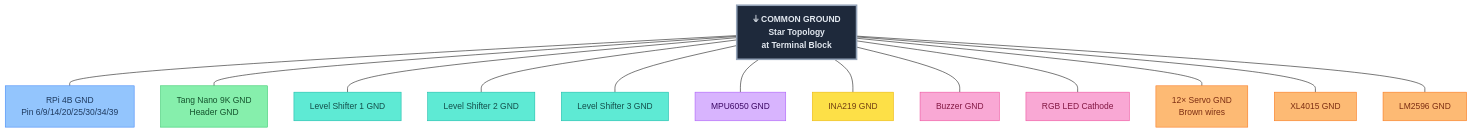
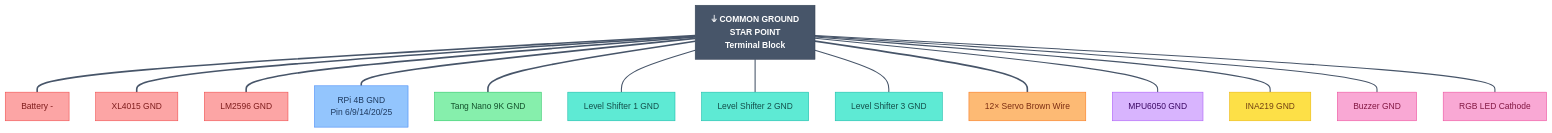
Before and after one commit to Major-Project-001/VIGIL-RQ: diagram 11 of 11 in control/docs/wiring_diagram.md, drawn with Mermaid (forest theme). The commit also changed other lines of this file, not shown here.

Commit message:
docs: Add color-coded linkStyle to all Mermaid connection lines

````diff
--- a/control/docs/wiring_diagram.md
+++ b/control/docs/wiring_diagram.md
@@ -663,42 +617,56 @@
 ```mermaid
 graph TB
     classDef gnd fill:#475569,stroke:#334155,color:#fff,font-weight:bold
-    classDef gndPin fill:#94a3b8,stroke:#475569,color:#1e293b
     classDef rpiPin fill:#93c5fd,stroke:#3b82f6,color:#1e3a5f
     classDef fpgaPin fill:#86efac,stroke:#22c55e,color:#14532d
     classDef lsPin fill:#5eead4,stroke:#14b8a6,color:#134e4a
     classDef servoPin fill:#fdba74,stroke:#f97316,color:#7c2d12
     classDef imuPin fill:#d8b4fe,stroke:#a855f7,color:#3b0764
     classDef inaPin fill:#fde047,stroke:#eab308,color:#713f12
     classDef alertPin fill:#f9a8d4,stroke:#ec4899,color:#831843
+    classDef powerPin fill:#fca5a5,stroke:#ef4444,color:#7f1d1d
 
-    GND_STAR["⏚ COMMON GROUND<br/>Star Topology<br/>at Terminal Block"]:::gnd
+    GND_HUB["⏚ COMMON GROUND<br/>STAR POINT<br/>Terminal Block"]:::gnd
 
-    RPI_G["RPi 4B GND<br/>Pin 6/9/14/20/25/30/34/39"]:::rpiPin
-    FPGA_G["Tang Nano 9K GND<br/>Header GND"]:::fpgaPin
+    BAT_G["Battery -"]:::powerPin
+    BUCKS_G["XL4015 GND"]:::powerPin
+    BUCKL_G["LM2596 GND"]:::powerPin
+    RPI_G["RPi 4B GND<br/>Pin 6/9/14/20/25"]:::rpiPin
+    FPGA_G["Tang Nano 9K GND"]:::fpgaPin
     LS1_G["Level Shifter 1 GND"]:::lsPin
     LS2_G["Level Shifter 2 GND"]:::lsPin
     LS3_G["Level Shifter 3 GND"]:::lsPin
+    SRV_G["12× Servo Brown Wire"]:::servoPin
     IMU_G["MPU6050 GND"]:::imuPin
     INA_G["INA219 GND"]:::inaPin
     BUZ_G["Buzzer GND"]:::alertPin
     RGB_G["RGB LED Cathode"]:::alertPin
-    SERVO_G["12× Servo GND<br/>Brown wires"]:::servoPin
-    BUCK_S_G["XL4015 GND"]:::servoPin
-    BUCK_L_G["LM2596 GND"]:::servoPin
 
-    GND_STAR --- RPI_G
-    GND_STAR --- FPGA_G
-    GND_STAR --- LS1_G
-    GND_STAR --- LS2_G
-    GND_STAR --- LS3_G
-    GND_STAR --- IMU_G
-    GND_STAR --- INA_G
-    GND_STAR --- BUZ_G
-    GND_STAR --- RGB_G
-    GND_STAR --- SERVO_G
-    GND_STAR --- BUCK_S_G
-    GND_STAR --- BUCK_L_G
+    GND_HUB --- BAT_G
+    GND_HUB --- BUCKS_G
+    GND_HUB --- BUCKL_G
+    GND_HUB --- RPI_G
+    GND_HUB --- FPGA_G
+    GND_HUB --- LS1_G
+    GND_HUB --- LS2_G
+    GND_HUB --- LS3_G
+    GND_HUB --- SRV_G
+    GND_HUB --- IMU_G
+    GND_HUB --- INA_G
+    GND_HUB --- BUZ_G
+    GND_HUB --- RGB_G
 
-    style GND_STAR fill:#1e293b,stroke:#94a3b8,color:#e2e8f0,stroke-width:3px
+    linkStyle 0 stroke:#475569,stroke-width:3px
+    linkStyle 1 stroke:#475569,stroke-width:3px
+    linkStyle 2 stroke:#475569,stroke-width:3px
+    linkStyle 3 stroke:#475569,stroke-width:3px
+    linkStyle 4 stroke:#475569,stroke-width:3px
+    linkStyle 5 stroke:#475569,stroke-width:2px
+    linkStyle 6 stroke:#475569,stroke-width:2px
+    linkStyle 7 stroke:#475569,stroke-width:2px
+    linkStyle 8 stroke:#475569,stroke-width:3px
+    linkStyle 9 stroke:#475569,stroke-width:2px
+    linkStyle 10 stroke:#475569,stroke-width:2px
+    linkStyle 11 stroke:#475569,stroke-width:2px
+    linkStyle 12 stroke:#475569,stroke-width:2px
 ```
````
